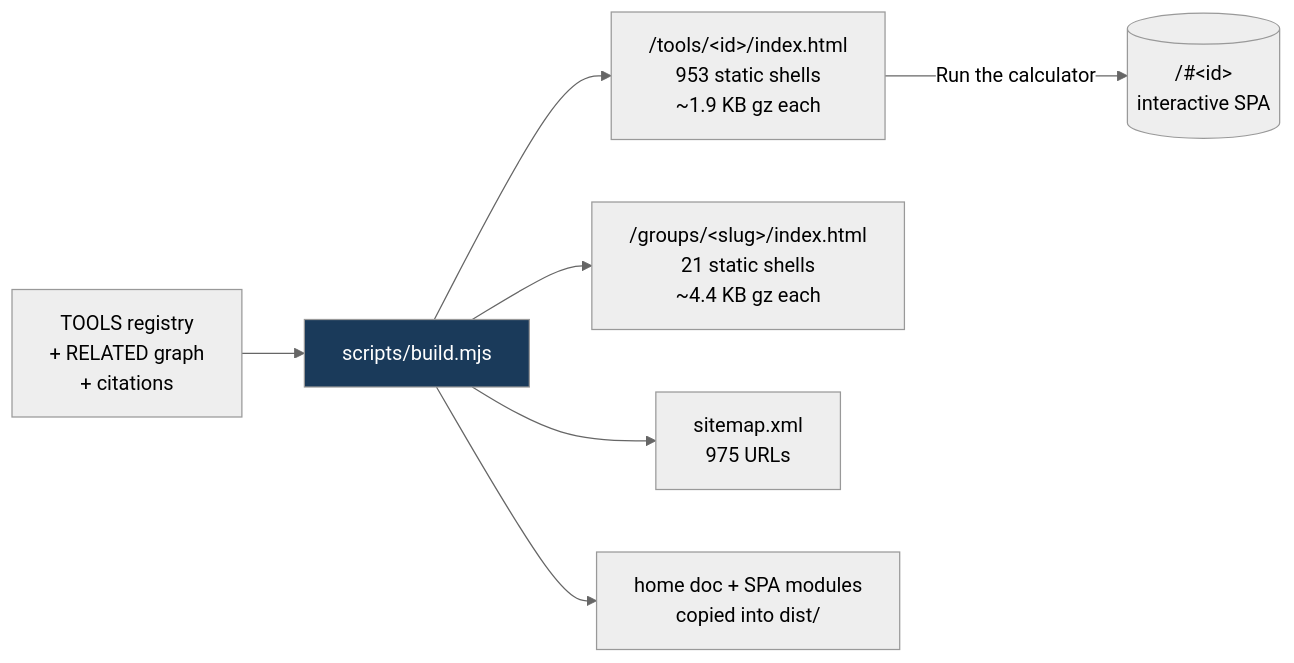
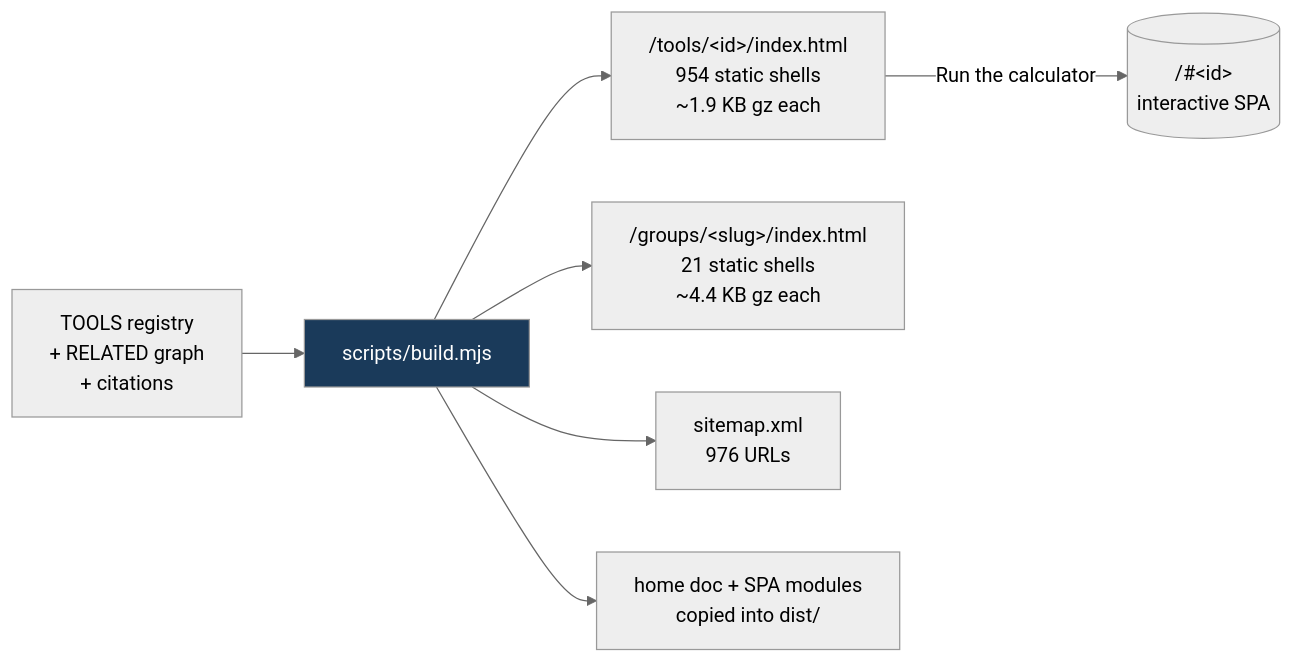
One commit to clay-good/roughlogic.com changed the fifth of 8 diagrams in README.md. Above: the diagram before and after it, drawn with Mermaid (neutral theme). The commit also changed other lines of this file and 12 other files, not shown here.

````diff
--- a/README.md
+++ b/README.md
@@ -495,10 +495,10 @@
 ```mermaid
 flowchart LR
     SRC[TOOLS registry\n+ RELATED graph\n+ citations] --> BUILD[scripts/build.mjs]
-    BUILD --> TILE["/tools/&lt;id&gt;/index.html\n953 static shells\n~1.9 KB gz each"]
+    BUILD --> TILE["/tools/&lt;id&gt;/index.html\n954 static shells\n~1.9 KB gz each"]
     BUILD --> GROUP["/groups/&lt;slug&gt;/index.html\n21 static shells\n~4.4 KB gz each"]
-    BUILD --> MAP["sitemap.xml\n975 URLs"]
+    BUILD --> MAP["sitemap.xml\n976 URLs"]
     BUILD --> COPY[home doc + SPA modules\ncopied into dist/]
     TILE -->|Run the calculator| SPA[("/#&lt;id&gt;\ninteractive SPA")]
     style BUILD fill:#1a3a5a,color:#fff
 ```
````
